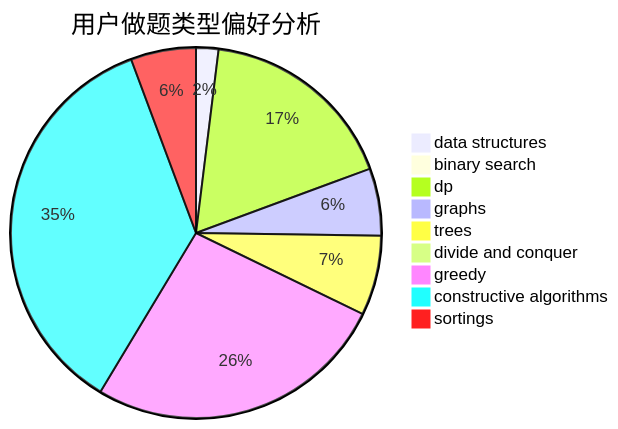
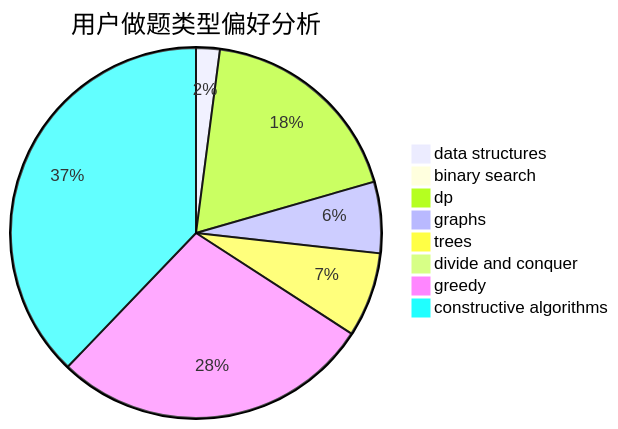
Before and after one commit to sherpahu/cfrs.github.io: the second of 3 diagrams in docs/user/u2650.md, drawn with Mermaid. The commit also changed other lines of this file and 2769 other files, not shown here.

````diff
--- a/docs/user/u2650.md
+++ b/docs/user/u2650.md
@@ -18,12 +18,11 @@
 ```mermaid
 pie title 用户做题类型偏好分析
     "data structures" :  23
     "binary search" :  7
     "dp" :  205
     "graphs" :  69
     "trees" :  82
     "divide and conquer" :  6
     "greedy" :  311
     "constructive algorithms" :  420
-    "sortings" :  67
 ```
````
